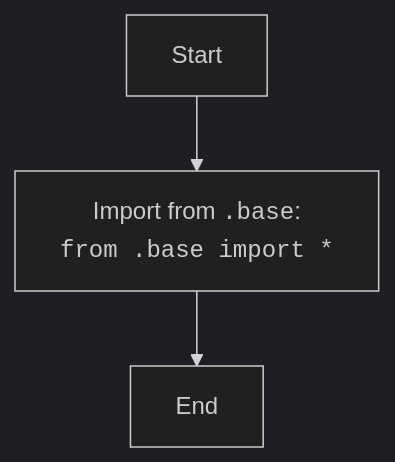
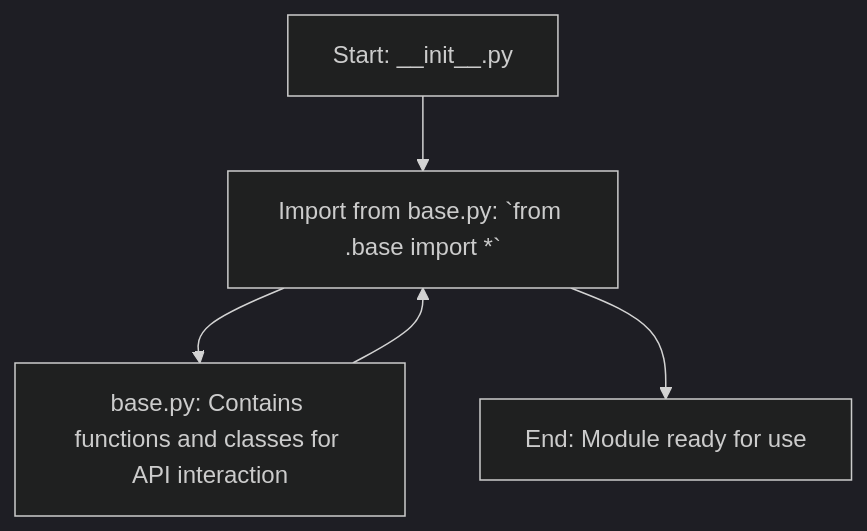
The diagram in docs/gemini/ru/explainer/src/suppliers/aliexpress/api/_examples/iop/__init__.py.md (hypo69/hypo), drawn with Mermaid (dark theme) before and after one commit. The commit also changed other lines of this file and 1505 other files, not shown here.

````diff
--- a/docs/gemini/ru/explainer/src/suppliers/aliexpress/api/_examples/iop/__init__.py.md
+++ b/docs/gemini/ru/explainer/src/suppliers/aliexpress/api/_examples/iop/__init__.py.md
@@ -14,5 +13,7 @@
 ```mermaid
 flowchart TD
-    Start[Start] --> ImportBase[Import from <code>.base</code>: <br><code>from .base import *</code>]
-    ImportBase --> End[End]
+    Start[Start: __init__.py] --> Import[Import from base.py: `from .base import *`]
+    Import --> base_py[base.py: Contains functions and classes for API interaction]
+    base_py --> Import
+    Import --> End[End: Module ready for use]
 ```
````
